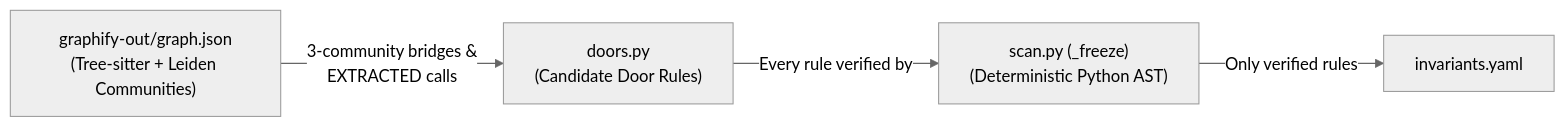
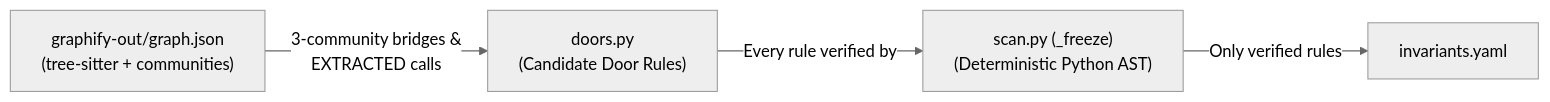
The second of 5 diagrams in makeInvariantSimple.md (jkuru/invariants-first), drawn with Mermaid (neutral theme) before and after one commit. The commit also changed other lines of this file and 2 other files, not shown here.

````diff
--- a/makeInvariantSimple.md
+++ b/makeInvariantSimple.md
@@ -254,6 +254,6 @@
 ```mermaid
 flowchart LR
-    G["graphify-out/graph.json<br/>(Tree-sitter + Leiden Communities)"] -->|"3-community bridges &<br/>EXTRACTED calls"| D["doors.py<br/>(Candidate Door Rules)"]
+    G["graphify-out/graph.json<br/>(tree-sitter + communities)"] -->|"3-community bridges &<br/>EXTRACTED calls"| D["doors.py<br/>(Candidate Door Rules)"]
     D -->|"Every rule verified by"| S["scan.py (_freeze)<br/>(Deterministic Python AST)"]
     S -->|"Only verified rules"| Y["invariants.yaml"]
 ```
````
